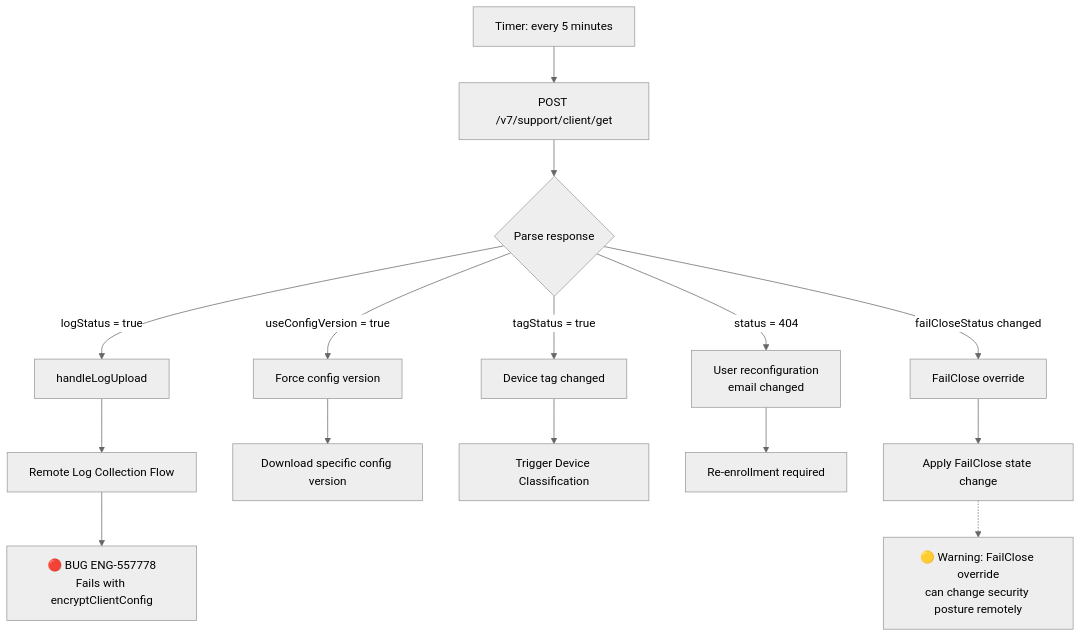
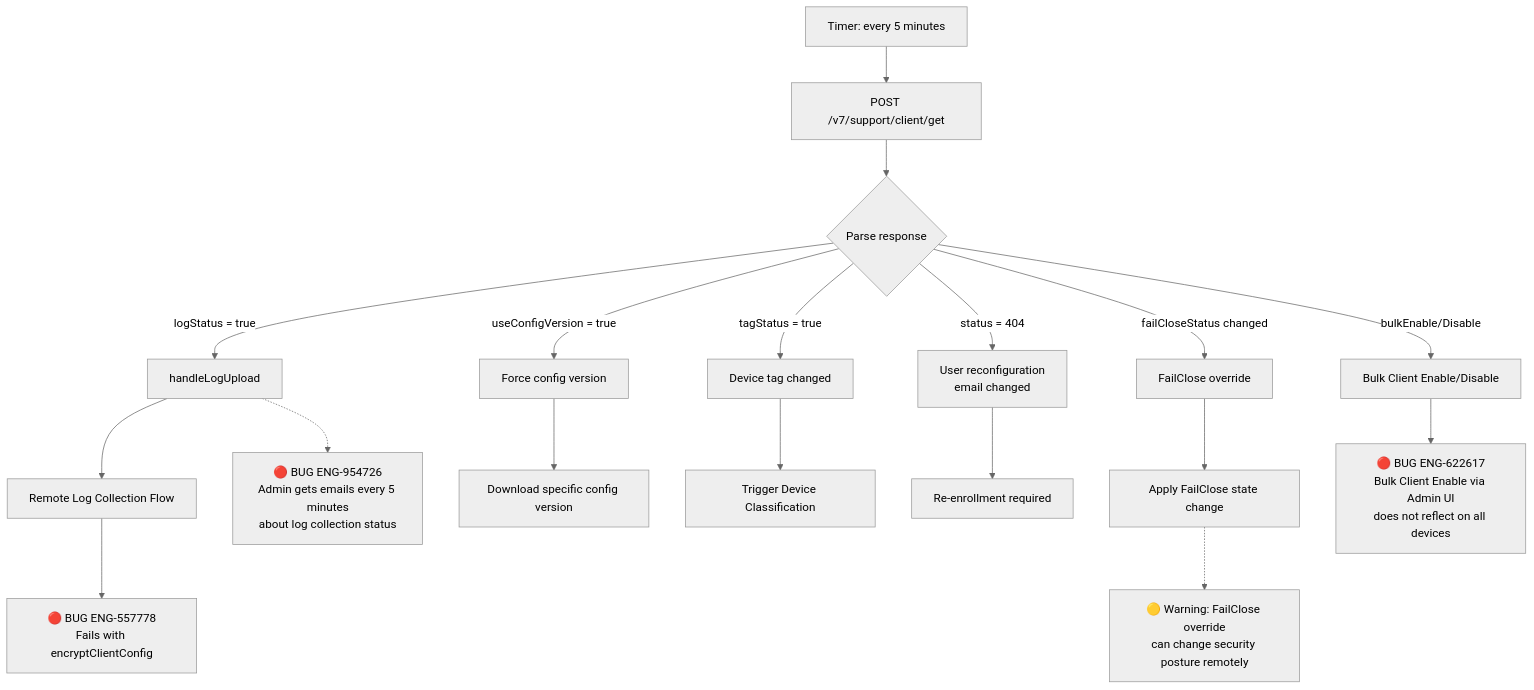
Before and after one commit to ns-klin/endpoint_system_test_plan: the seventh of 10 diagrams in chapters/20_supportability.md, drawn with Mermaid (neutral theme). The commit also changed other lines of this file and 26 other files, not shown here.

First line of the commit message:
Add 87 bugs from Excel enrichment and integrate into mermaid diagrams

````diff
--- a/chapters/20_supportability.md
+++ b/chapters/20_supportability.md
@@ -425,22 +443,28 @@
 ```mermaid
 flowchart TD
     START[Timer: every 5 minutes] --> API[POST /v7/support/client/get]
     API --> PARSE{Parse response}
 
     PARSE -->|logStatus = true| LOG[handleLogUpload]
     PARSE -->|useConfigVersion = true| CFG[Force config version]
     PARSE -->|tagStatus = true| TAG[Device tag changed]
     PARSE -->|status = 404| RECONFIG[User reconfiguration<br/>email changed]
     PARSE -->|failCloseStatus changed| FC[FailClose override]
 
     LOG --> REMOTE_LOG[Remote Log Collection Flow]
     REMOTE_LOG --> BUG_LOG["🔴 BUG ENG-557778<br/>Fails with encryptClientConfig"]
 
     CFG --> DOWNLOAD[Download specific config version]
     TAG --> DC[Trigger Device Classification]
     RECONFIG --> REENROLL[Re-enrollment required]
     FC --> FC_APPLY[Apply FailClose state change]
 
+    PARSE -->|bulkEnable/Disable| BULK[Bulk Client Enable/Disable]
+    BULK --> BUG_BULK["🔴 BUG ENG-622617<br/>Bulk Client Enable via Admin UI<br/>does not reflect on all devices"]
+
     RISK_FC["🟡 Warning: FailClose override<br/>can change security posture remotely"]
     FC_APPLY -.-> RISK_FC
+
+    BUG_EMAIL["🔴 BUG ENG-954726<br/>Admin gets emails every 5 minutes<br/>about log collection status"]
+    LOG -.-> BUG_EMAIL
 ```
````
